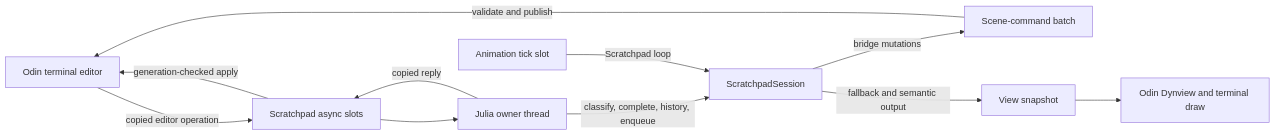
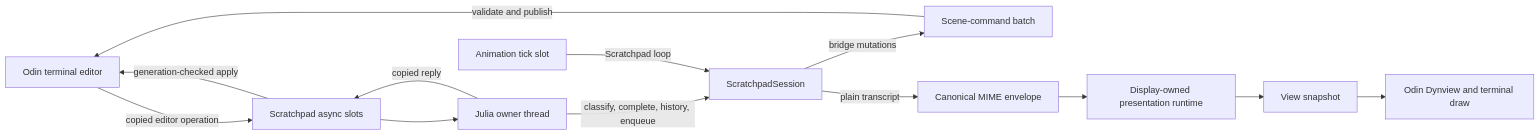
One commit to derekshoneycutt/Euclid changed the first of 3 diagrams in docs/wiki/Guides/ScratchpadArchitecture.md. Above: the diagram before and after it, drawn with Mermaid. The commit also changed other lines of this file and 200 other files, not shown here.

````diff
--- a/docs/wiki/Guides/ScratchpadArchitecture.md
+++ b/docs/wiki/Guides/ScratchpadArchitecture.md
@@ -103,22 +103,25 @@
 ```mermaid
 flowchart LR
     UI[Odin terminal editor]
     SS[Scratchpad async slots]
     JO[Julia owner thread]
     JS[ScratchpadSession]
     AT[Animation tick slot]
     SC[Scene-command batch]
+    PE[Canonical MIME envelope]
+    PR[Display-owned presentation runtime]
     VS[View snapshot]
     DV[Odin Dynview and terminal draw]
 
     UI -->|copied editor operation| SS
     SS --> JO
     JO -->|classify, complete, history, enqueue| JS
     JO -->|copied reply| SS
     SS -->|generation-checked apply| UI
     AT -->|Scratchpad loop| JS
     JS -->|bridge mutations| SC
     SC -->|validate and publish| UI
-    JS -->|fallback and semantic output| VS
+    JS -->|plain transcript| PE
+    PE --> PR --> VS
     VS --> DV
 ```
````
